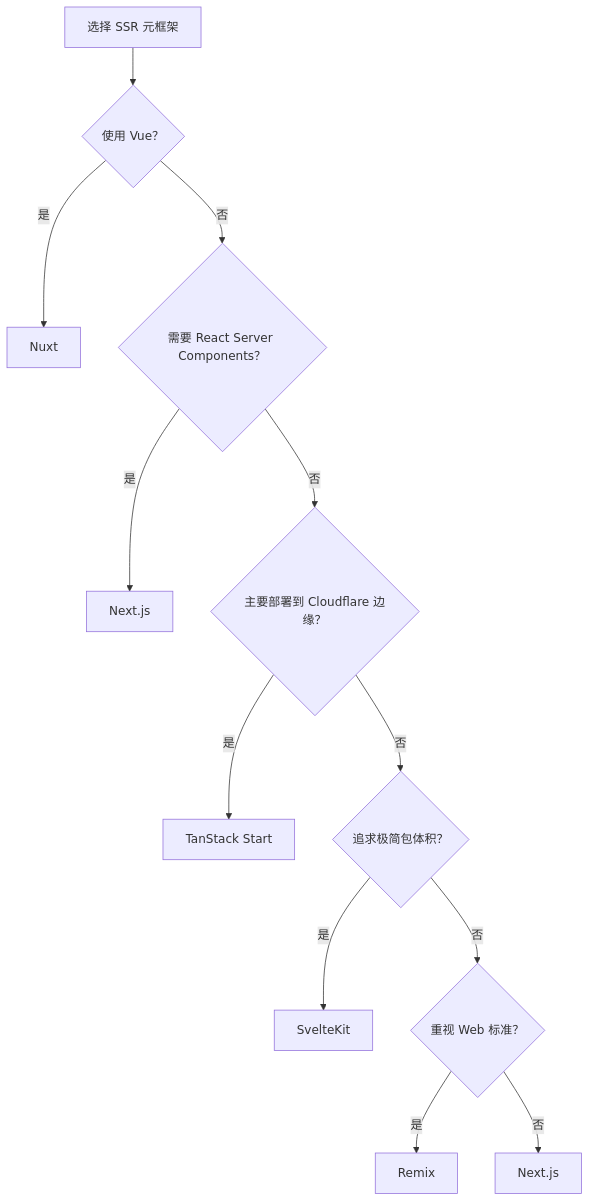
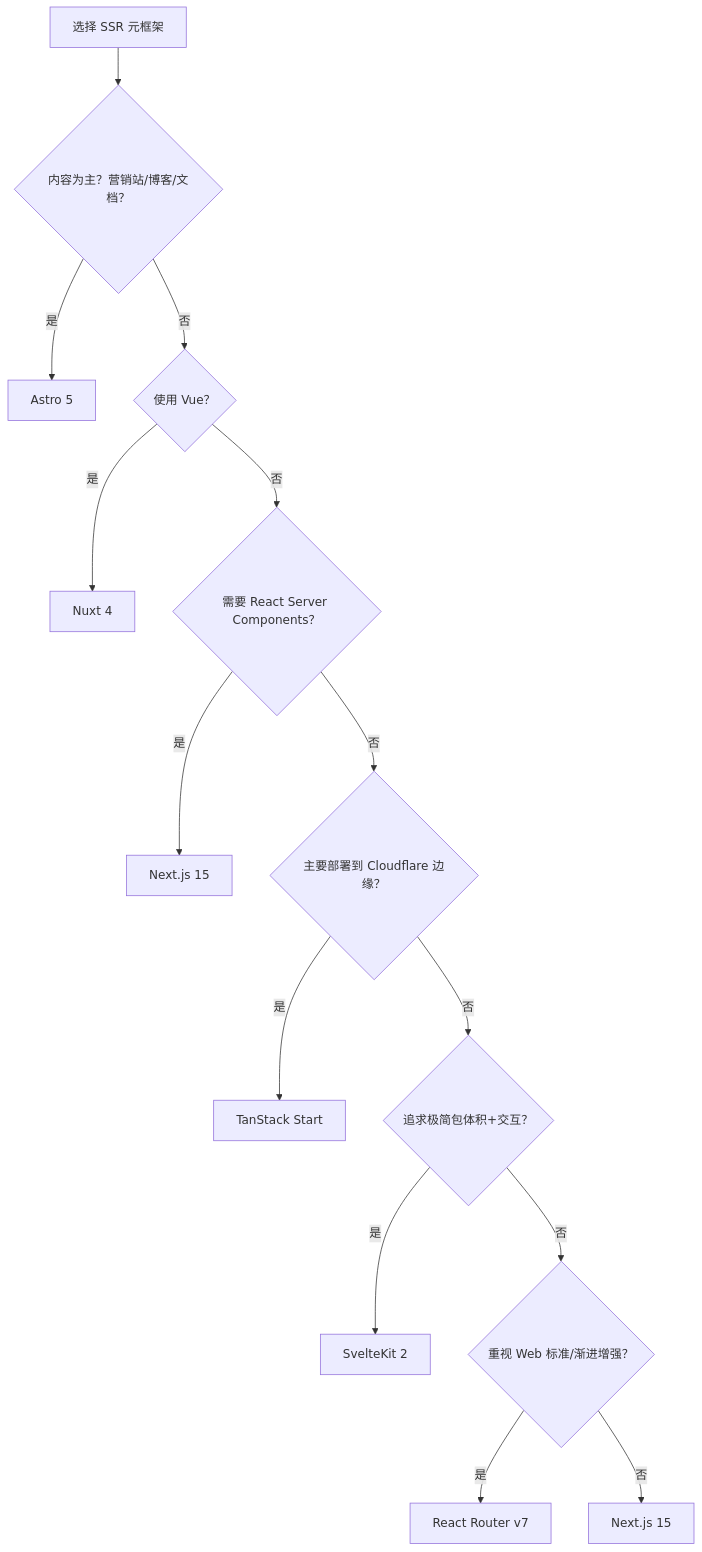
Before and after one commit to AdaMartin18010/JavaScriptTypeScript: the second of 2 diagrams in 30-knowledge-base/30.3-comparison-matrices/ssr-metaframeworks-compare.md, drawn with Mermaid. The commit also changed other lines of this file and 20 other files, not shown here.

````diff
--- a/30-knowledge-base/30.3-comparison-matrices/ssr-metaframeworks-compare.md
+++ b/30-knowledge-base/30.3-comparison-matrices/ssr-metaframeworks-compare.md
@@ -90,14 +173,16 @@
 ```mermaid
 flowchart TD
-    A[选择 SSR 元框架] --> B{使用 Vue？}
-    B -->|是| C[Nuxt]
-    B -->|否| D{需要 React Server Components？}
-    D -->|是| E[Next.js]
-    D -->|否| F{主要部署到 Cloudflare 边缘？}
-    F -->|是| G[TanStack Start]
-    F -->|否| H{追求极简包体积？}
-    H -->|是| I[SvelteKit]
-    H -->|否| J{重视 Web 标准？}
-    J -->|是| K[Remix]
-    J -->|否| L[Next.js]
+    A[选择 SSR 元框架] --> B{内容为主？营销站/博客/文档？}
+    B -->|是| C[Astro 5]
+    B -->|否| D{使用 Vue？}
+    D -->|是| E[Nuxt 4]
+    D -->|否| F{需要 React Server Components？}
+    F -->|是| G[Next.js 15]
+    F -->|否| H{主要部署到 Cloudflare 边缘？}
+    H -->|是| I[TanStack Start]
+    H -->|否| J{追求极简包体积+交互？}
+    J -->|是| K[SvelteKit 2]
+    J -->|否| L{重视 Web 标准/渐进增强？}
+    L -->|是| M[React Router v7]
+    L -->|否| N[Next.js 15]
 ```
````
